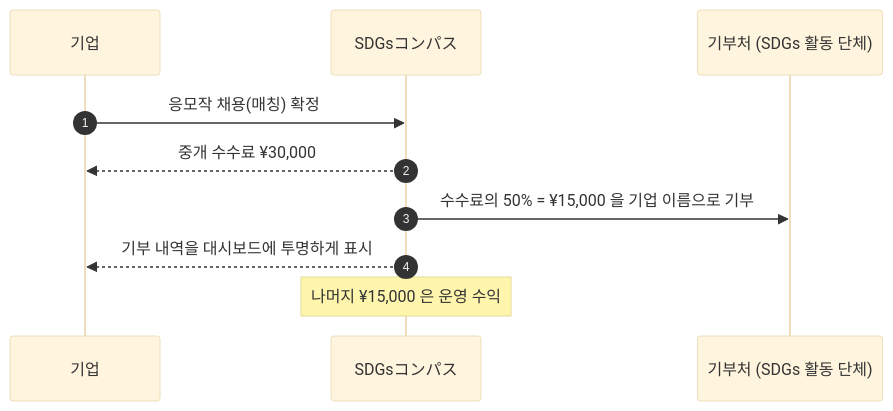
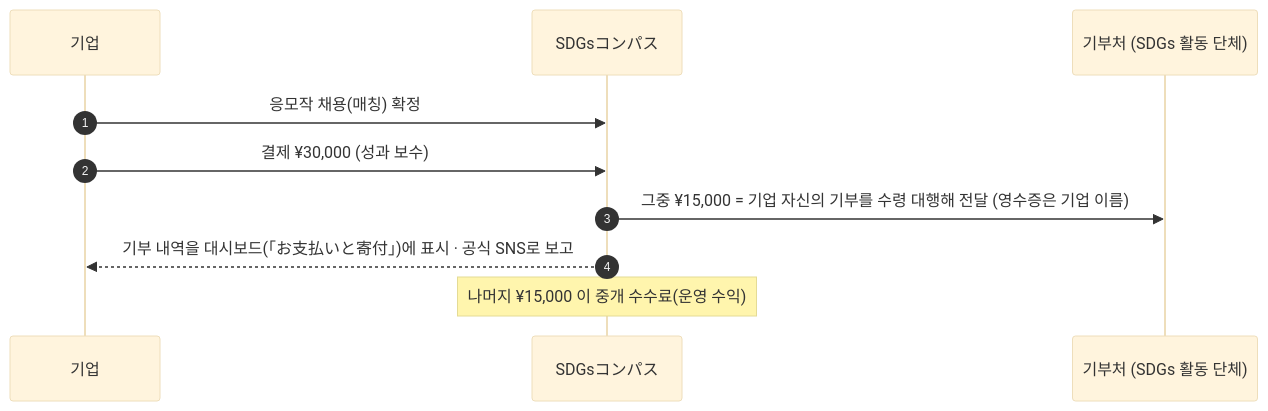
Before and after one commit to atome9797/sdgs-compass: the fifth of 18 diagrams in README.md, drawn with Mermaid (base theme). The commit also changed other lines of this file and 8 other files, not shown here.

````diff
--- a/README.md
+++ b/README.md
@@ -259,12 +260,12 @@
 ```mermaid
 sequenceDiagram
   autonumber
   participant C as 기업
   participant P as SDGsコンパス
   participant D as 기부처 (SDGs 활동 단체)
   C->>P: 응모작 채용(매칭) 확정
-  P-->>C: 중개 수수료 ¥30,000
-  P->>D: 수수료의 50% = ¥15,000 을 기업 이름으로 기부
-  P-->>C: 기부 내역을 대시보드에 투명하게 표시
-  Note over P: 나머지 ¥15,000 은 운영 수익
+  C->>P: 결제 ¥30,000 (성과 보수)
+  P->>D: 그중 ¥15,000 = 기업 자신의 기부를 수령 대행해 전달 (영수증은 기업 이름)
+  P-->>C: 기부 내역을 대시보드(「お支払いと寄付」)에 표시 · 공식 SNS로 보고
+  Note over P: 나머지 ¥15,000 이 중개 수수료(운영 수익)
 ```
````
